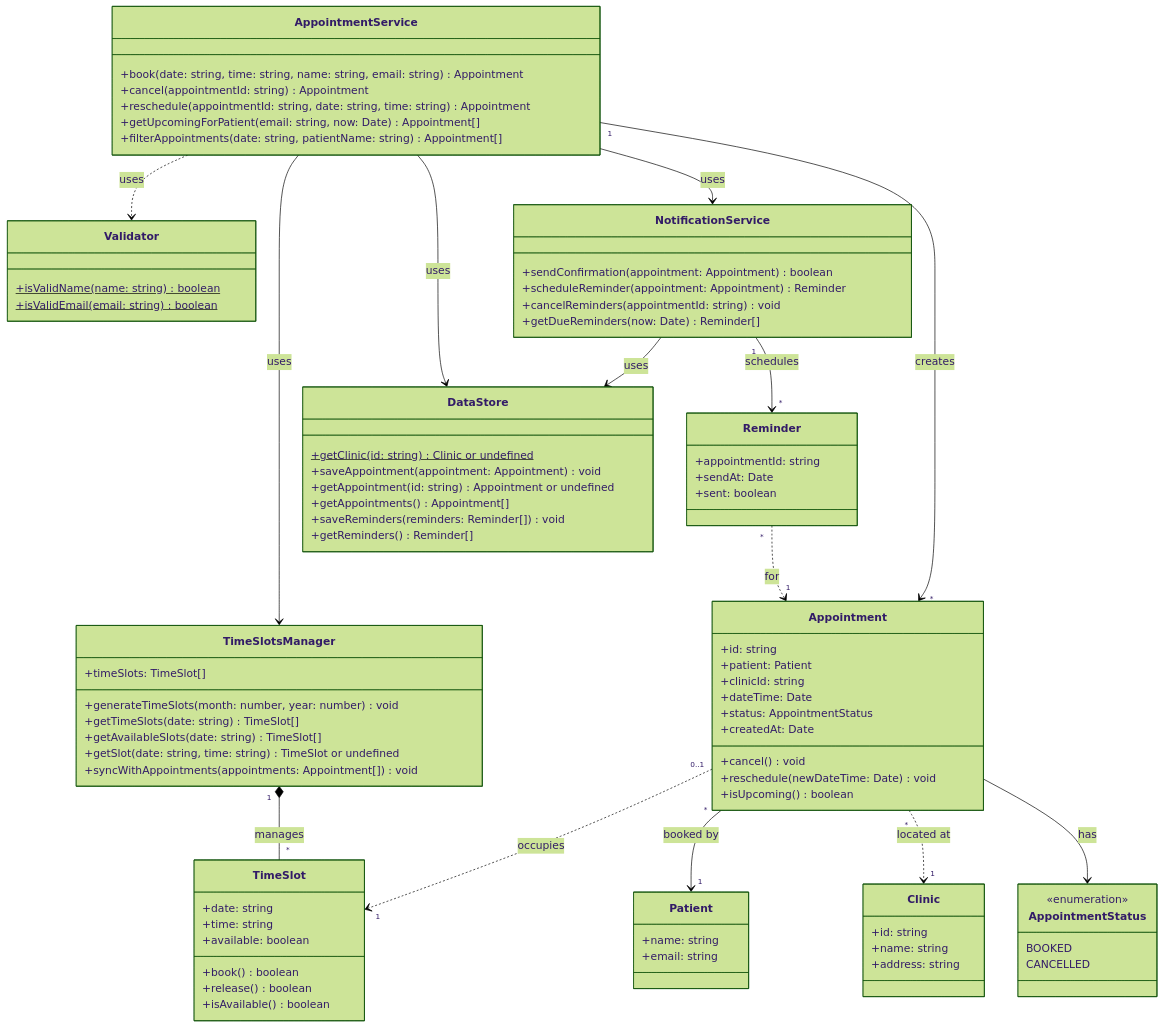
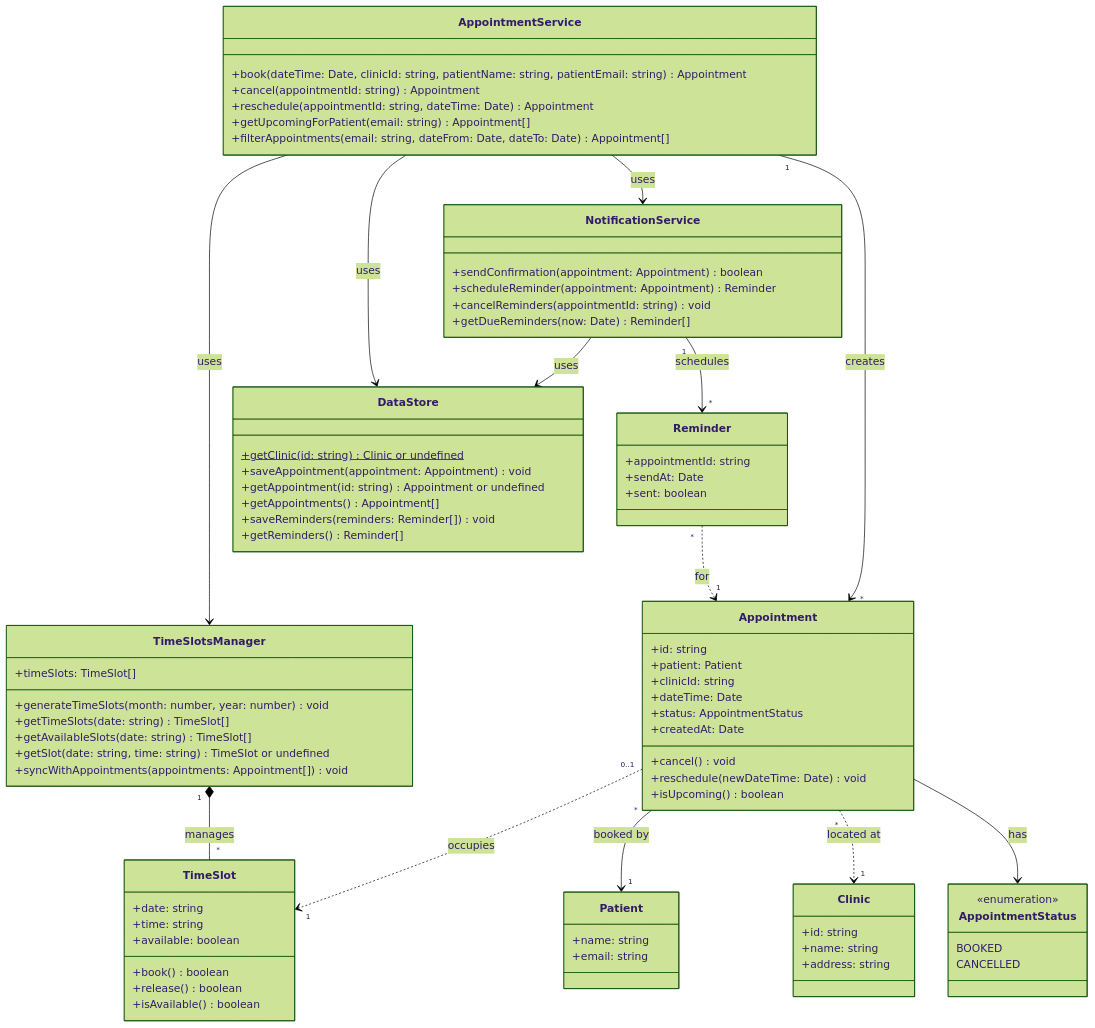
One commit to zettaMarge/COMP-354-A3 changed the diagram in class-diagram.md. Above: the diagram before and after it, drawn with Mermaid (forest theme). The commit also changed other lines of this file and 1 other file, not shown here.

Commit message:
appointmentService wip

```diff
--- a/class-diagram.md
+++ b/class-diagram.md
@@ -54,10 +54,6 @@
         +sendAt: Date
         +sent: boolean
     }
-    class Validator {
-        +isValidName(name: string)$ boolean
-        +isValidEmail(email: string)$ boolean
-    }
     class DataStore {
         +getClinic(id: string)$ Clinic or undefined
         +saveAppointment(appointment: Appointment) void
@@ -73,11 +69,11 @@
         +getDueReminders(now: Date) Reminder[]
     }
     class AppointmentService {
-        +book(date: string, time: string, name: string, email: string) Appointment
+        +book(dateTime: Date, clinicId: string, patientName: string, patientEmail: string) Appointment
         +cancel(appointmentId: string) Appointment
-        +reschedule(appointmentId: string, date: string, time: string) Appointment
-        +getUpcomingForPatient(email: string, now: Date) Appointment[]
-        +filterAppointments(date: string, patientName: string) Appointment[]
+        +reschedule(appointmentId: string, dateTime: Date) Appointment
+        +getUpcomingForPatient(email: string) Appointment[]
+        +filterAppointments(email: string, dateFrom: Date, dateTo: Date) Appointment[]
     }
     TimeSlotsManager "1" *-- "*" TimeSlot : manages
     Appointment "*" --> "1" Patient : booked by
@@ -88,7 +84,6 @@
     AppointmentService --> TimeSlotsManager : uses
     AppointmentService --> DataStore : uses
     AppointmentService --> NotificationService : uses
-    AppointmentService ..> Validator : uses
     AppointmentService "1" --> "*" Appointment : creates
     NotificationService "1" --> "*" Reminder : schedules
     NotificationService --> DataStore : uses
```
